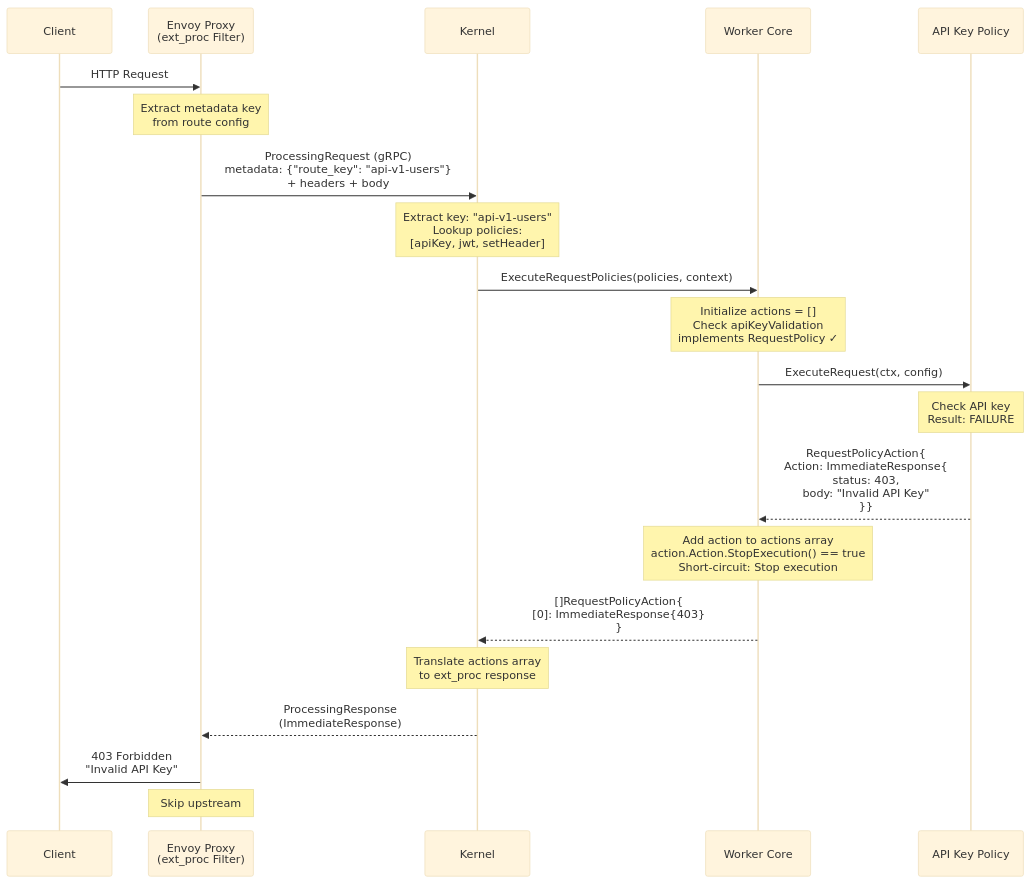
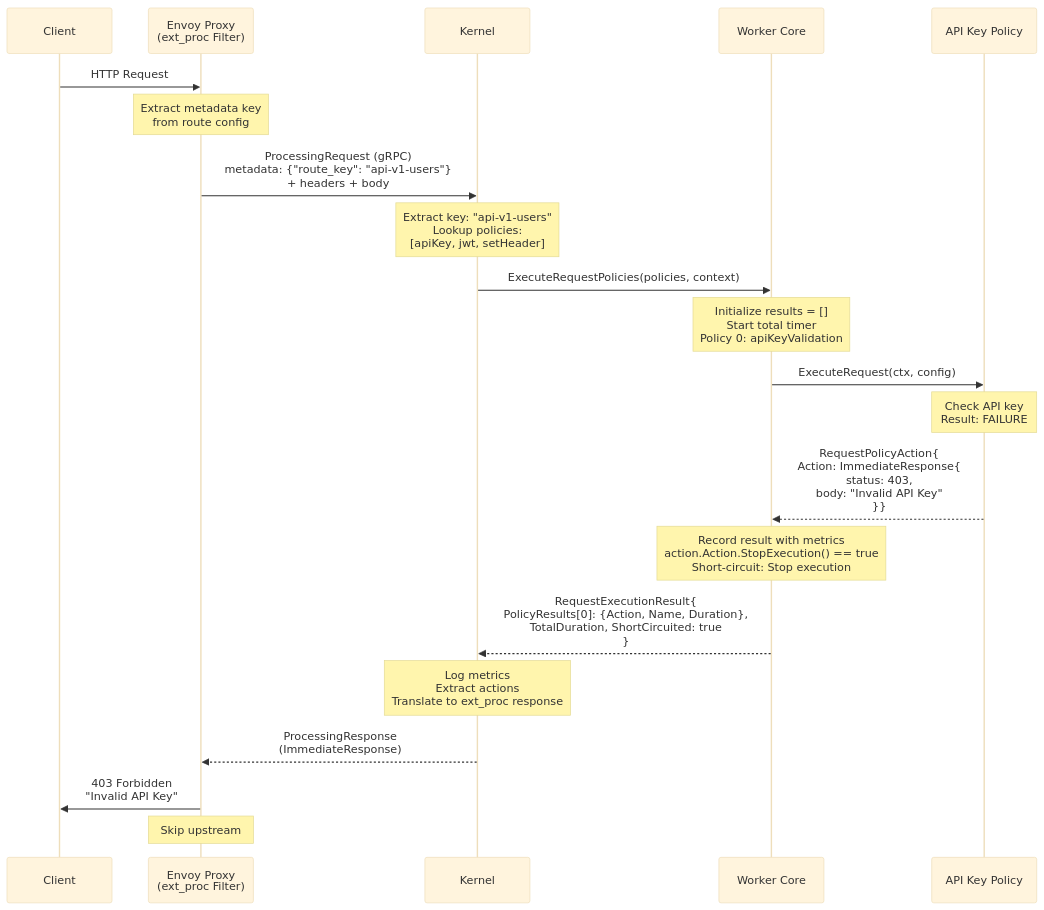
Before and after one commit to wso2/api-platform: the fourth of 7 diagrams in Spec.md, drawn with Mermaid (base theme). The commit also changed other lines of this file, not shown here.

Commit message:
Refactor policy execution to include execution results and metrics for request and response phases

````diff
--- a/Spec.md
+++ b/Spec.md
@@ -702,24 +796,24 @@
 ```mermaid
 sequenceDiagram
     participant Client
     participant Envoy as Envoy Proxy<br/>(ext_proc Filter)
     participant Kernel
     participant Core as Worker Core
     participant Policy as API Key Policy
 
     Client->>Envoy: HTTP Request
     Note over Envoy: Extract metadata key<br/>from route config
     Envoy->>Kernel: ProcessingRequest (gRPC)<br/>metadata: {"route_key": "api-v1-users"}<br/>+ headers + body
     Note over Kernel: Extract key: "api-v1-users"<br/>Lookup policies:<br/>[apiKey, jwt, setHeader]
     Kernel->>Core: ExecuteRequestPolicies(policies, context)
-    Note over Core: Initialize actions = []<br/>Check apiKeyValidation<br/>implements RequestPolicy ✓
+    Note over Core: Initialize results = []<br/>Start total timer<br/>Policy 0: apiKeyValidation
     Core->>Policy: ExecuteRequest(ctx, config)
     Note over Policy: Check API key<br/>Result: FAILURE
     Policy-->>Core: RequestPolicyAction{<br/>Action: ImmediateResponse{<br/>status: 403,<br/>body: "Invalid API Key"<br/>}}
-    Note over Core: Add action to actions array<br/>action.Action.StopExecution() == true<br/>Short-circuit: Stop execution
-    Core-->>Kernel: []RequestPolicyAction{<br/>[0]: ImmediateResponse{403}<br/>}
-    Note over Kernel: Translate actions array<br/>to ext_proc response
+    Note over Core: Record result with metrics<br/>action.Action.StopExecution() == true<br/>Short-circuit: Stop execution
+    Core-->>Kernel: RequestExecutionResult{<br/>PolicyResults[0]: {Action, Name, Duration},<br/>TotalDuration, ShortCircuited: true<br/>}
+    Note over Kernel: Log metrics<br/>Extract actions<br/>Translate to ext_proc response
     Kernel-->>Envoy: ProcessingResponse<br/>(ImmediateResponse)
     Envoy->>Client: 403 Forbidden<br/>"Invalid API Key"
     Note over Envoy: Skip upstream
 ```
````
